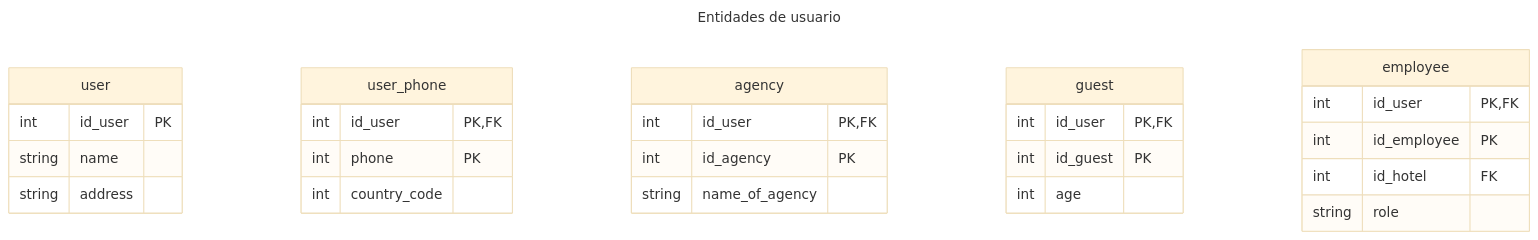
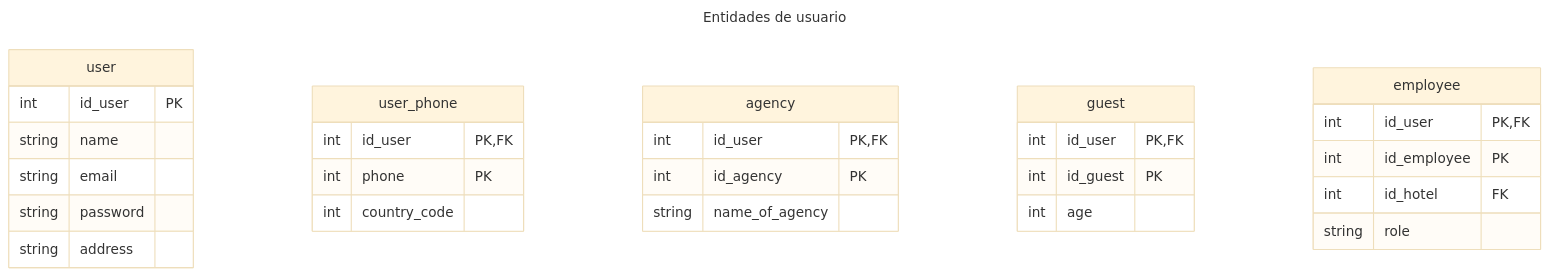
The tenth of 10 diagrams in doc/SDLC/desing/db/v2/dictionary.md (J4F3ET/ME.PMS), drawn with Mermaid (base theme) before and after one commit. The commit also changed other lines of this file and 1 other file, not shown here.

````diff
--- a/doc/SDLC/desing/db/v2/dictionary.md
+++ b/doc/SDLC/desing/db/v2/dictionary.md
@@ -141,32 +203,34 @@
 ```mermaid
 ---
 title: Entidades de usuario
 ---
 erDiagram
     user{
         int id_user PK
         string name
+        string email
+        string password
         string address
     }
     user_phone{
         int id_user PK,FK
         int phone PK
         int country_code
     }
     agency{
         int id_user PK,FK
         int id_agency PK
         string name_of_agency
     }
     guest{
         int id_user PK,FK
         int id_guest PK
         int age
     }
     employee{
         int id_user PK,FK
         int id_employee PK
         int id_hotel FK
         string role
     }
 ```
````
